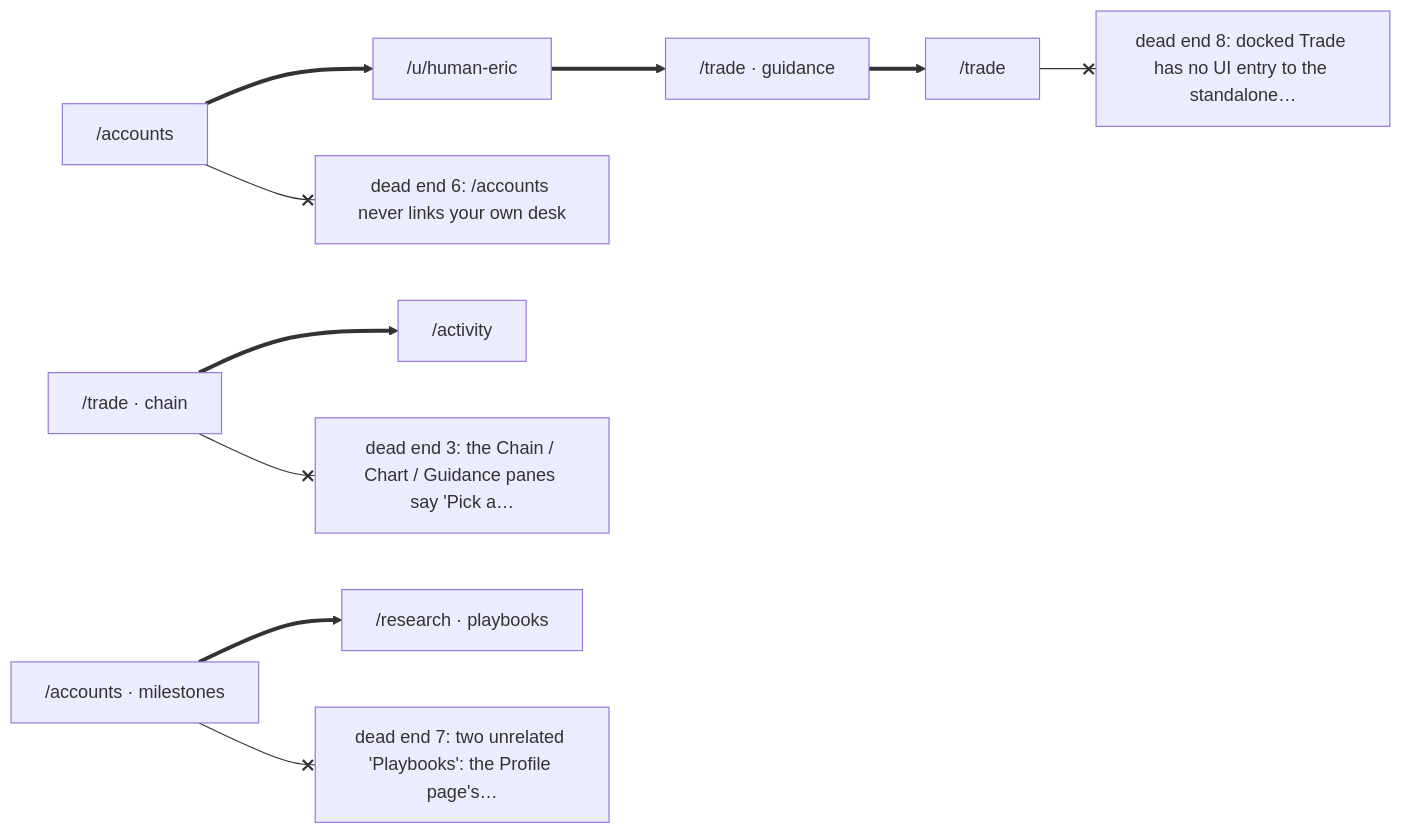
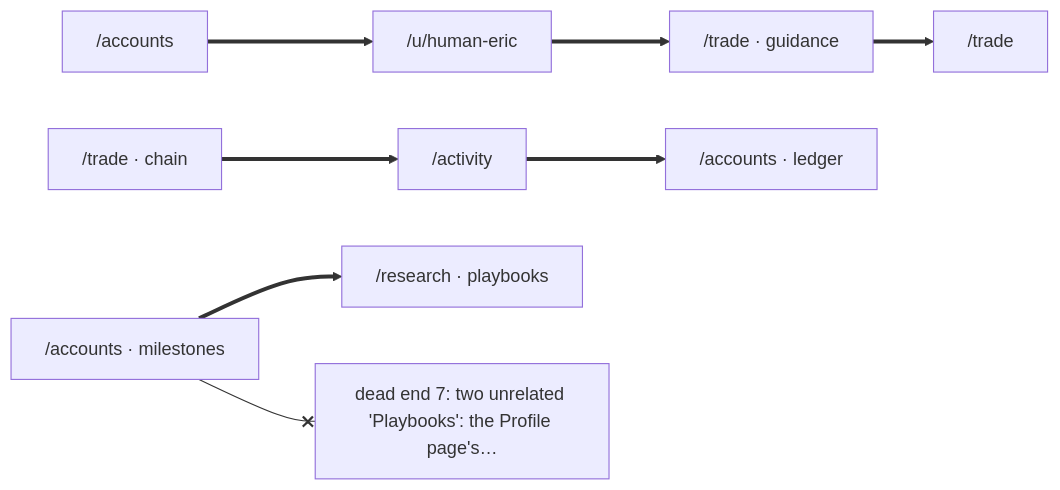
One commit to ejclark/skynet-capital changed the sixth of 6 diagrams in docs/members/maps.md. Above: the diagram before and after it, drawn with Mermaid. The commit also changed other lines of this file, not shown here.

````diff
--- a/docs/members/maps.md
+++ b/docs/members/maps.md
@@ -84,20 +116,19 @@
 ```mermaid
 flowchart LR
   r0["/accounts"]
   r1["/u/human-eric"]
   r2["/trade · guidance"]
   r3["/trade"]
   r4["/trade · chain"]
   r5["/activity"]
-  r6["/accounts · milestones"]
-  r7["/research · playbooks"]
+  r6["/accounts · ledger"]
+  r7["/accounts · milestones"]
+  r8["/research · playbooks"]
   r0 ==> r1
   r1 ==> r2
   r2 ==> r3
   r4 ==> r5
-  r6 ==> r7
-  r3 --x d0["dead end 8: docked Trade has no UI entry to the standalone…"]
-  r4 --x d1["dead end 3: the Chain / Chart / Guidance panes say 'Pick a…"]
-  r0 --x d2["dead end 6: /accounts never links your own desk"]
-  r6 --x d3["dead end 7: two unrelated 'Playbooks': the Profile page's…"]
+  r5 ==> r6
+  r7 ==> r8
+  r7 --x d0["dead end 7: two unrelated 'Playbooks': the Profile page's…"]
 ```
````
